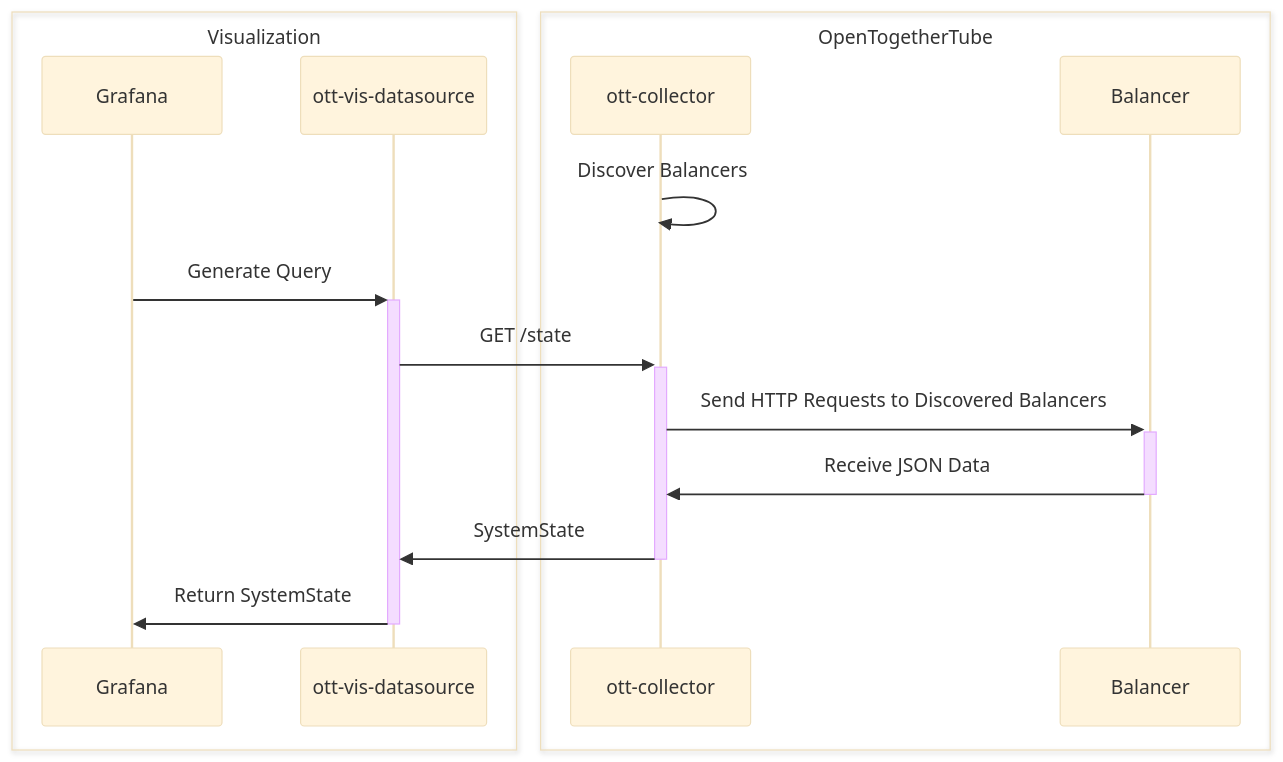
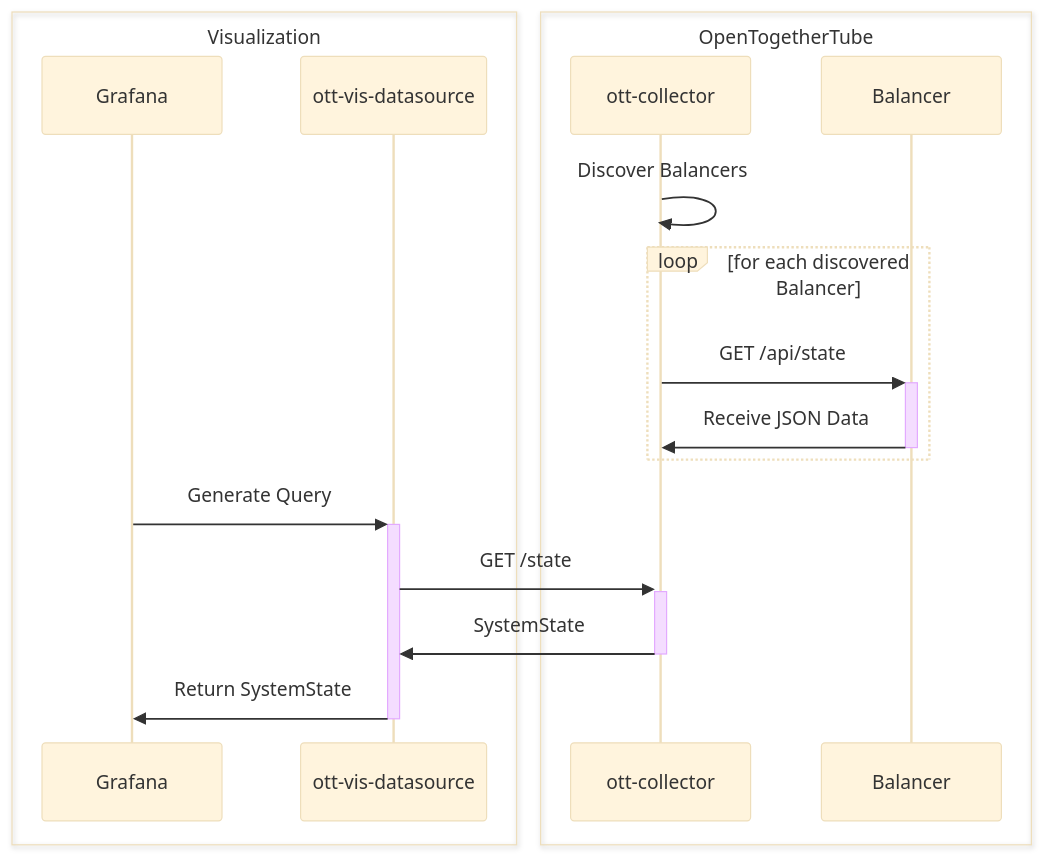
The diagram in figures/vis/visualization-balancer-datasource-sequence.mmd (dyc3/senior-design), drawn with Mermaid (base theme) before and after one commit. The commit also changed 3 other files, not shown here.

First line of the commit message:
update `visualization-balancer-datasource-sequence` and `full-package-diagram` (#317)

```diff
--- a/figures/vis/visualization-balancer-datasource-sequence.mmd
+++ b/figures/vis/visualization-balancer-datasource-sequence.mmd
@@ -1,18 +1,21 @@
 sequenceDiagram
     box Visualization
     participant Grafana
     participant ott-vis-datasource
     end
 
     box OpenTogetherTube
     participant ott-collector
     participant Balancer
     end
+    ott-collector->>ott-collector: Discover Balancers
 
-    ott-collector->>ott-collector: Discover Balancers
+    loop for each discovered Balancer
+        ott-collector->>+Balancer: GET /api/state
+        Balancer->>-ott-collector: Receive JSON Data
+    end
+
     Grafana->>+ott-vis-datasource: Generate Query
     ott-vis-datasource->>+ott-collector: GET /state
-    ott-collector->>+Balancer: Send HTTP Requests to Discovered Balancers
-    Balancer->>-ott-collector: Receive JSON Data
     ott-collector->>-ott-vis-datasource: SystemState
     ott-vis-datasource->>-Grafana: Return SystemState
```
